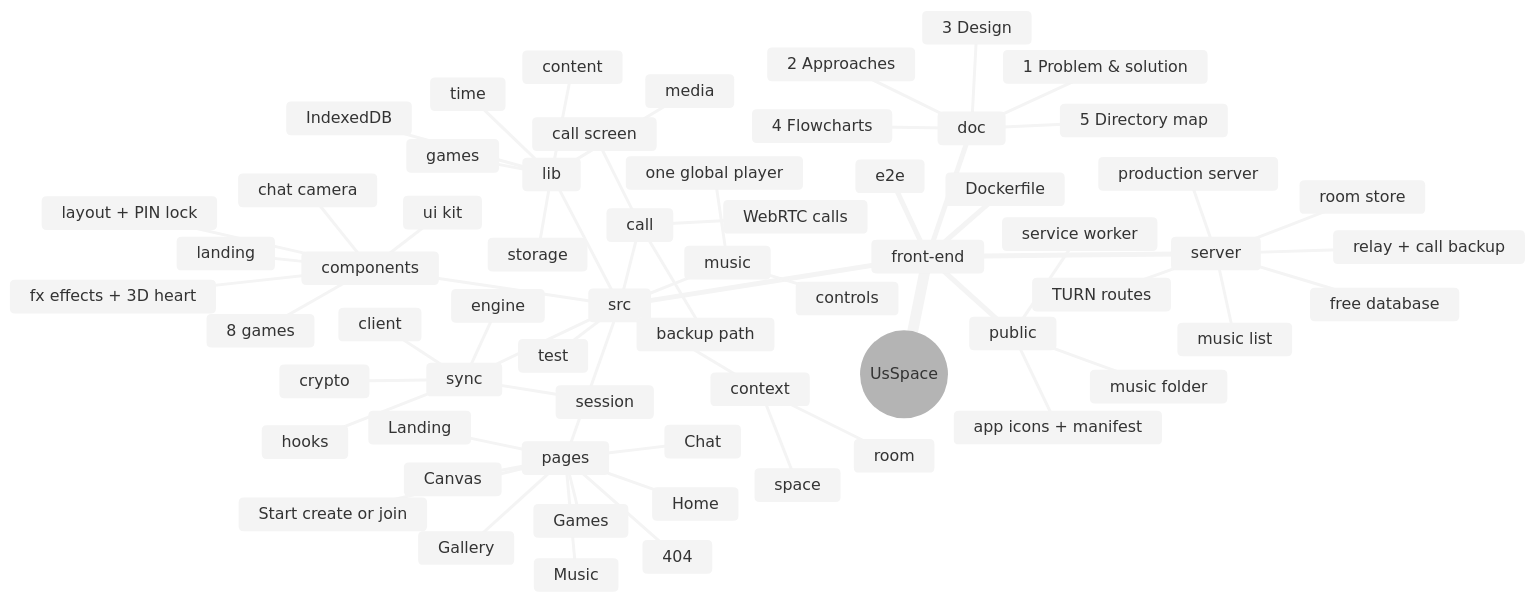
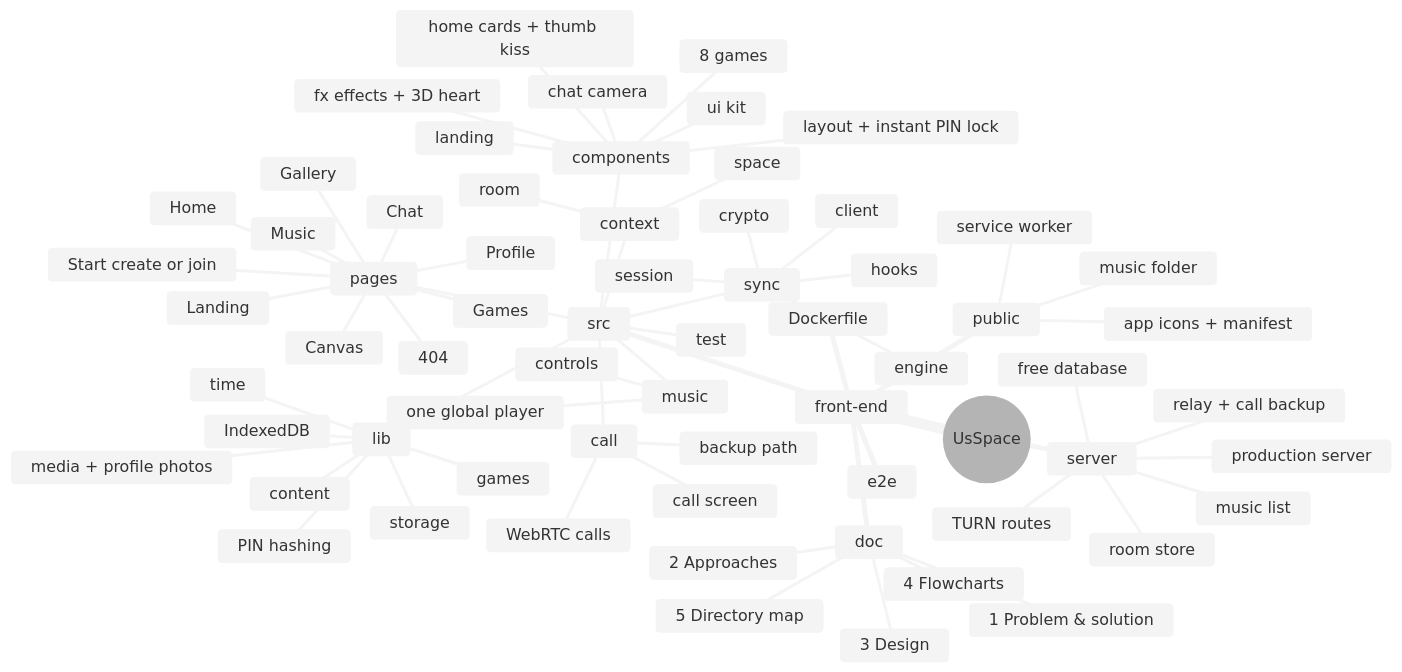
One commit to silent-coder-dev/private-space changed the first of 2 diagrams in front-end/doc/05-directory-map.md. Above: the diagram before and after it, drawn with Mermaid (neutral theme). The commit also changed other lines of this file and 56 other files, not shown here.

````diff
--- a/front-end/doc/05-directory-map.md
+++ b/front-end/doc/05-directory-map.md
@@ -42,66 +42,69 @@
 ```mermaid
 mindmap
   root((UsSpace))
     front-end
       doc
         1 Problem & solution
         2 Approaches
         3 Design
         4 Flowcharts
         5 Directory map
       server
         relay + call backup
         room store
         TURN routes
         free database
         music list
         production server
       public
         music folder
         app icons + manifest
         service worker
       src
         pages
           Landing
           Start create or join
           Home
           Chat
           Gallery
           Canvas
           Games
           Music
+          Profile
           404
         sync
           crypto
           engine
           client
           hooks
           session
         call
           WebRTC calls
           backup path
           call screen
         music
           one global player
           controls
         components
           fx effects + 3D heart
-          layout + PIN lock
+          home cards + thumb kiss
+          layout + instant PIN lock
           chat camera
           8 games
           landing
           ui kit
         context
           room
           space
         lib
           IndexedDB
-          media
+          media + profile photos
+          PIN hashing
           storage
           time
           games
           content
         test
       e2e
       Dockerfile
 ```
````
